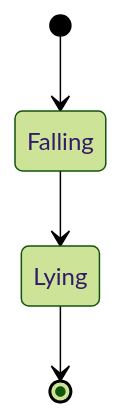
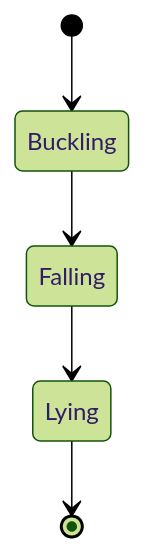
Diagram 40 of 53 in docs/state-machines.md (Kobu-Labs/drycastle), drawn with Mermaid (forest theme) before and after one commit. The commit also changed other lines of this file and 4 other files, not shown here.

````diff
--- a/docs/state-machines.md
+++ b/docs/state-machines.md
@@ -1029,6 +1029,7 @@
 ```mermaid
 stateDiagram-v2
-    [*] --> Falling
+    [*] --> Buckling
+    Buckling --> Falling
     Falling --> Lying
     Lying --> [*]
 ```
````
